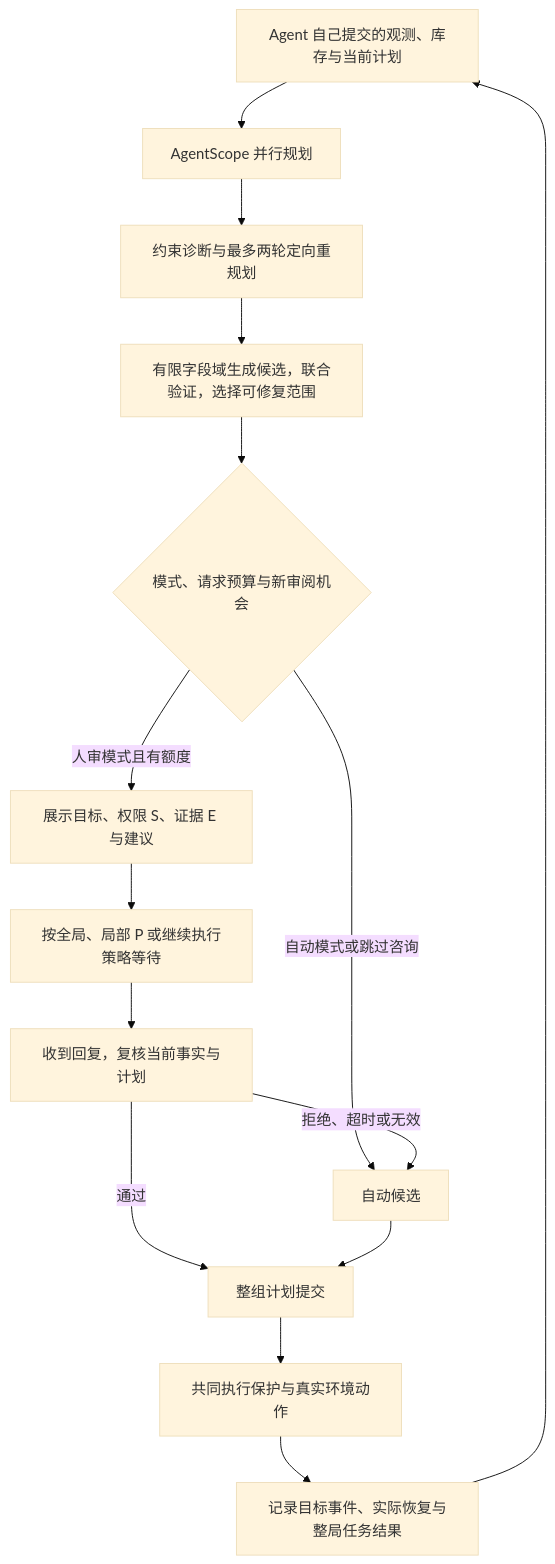
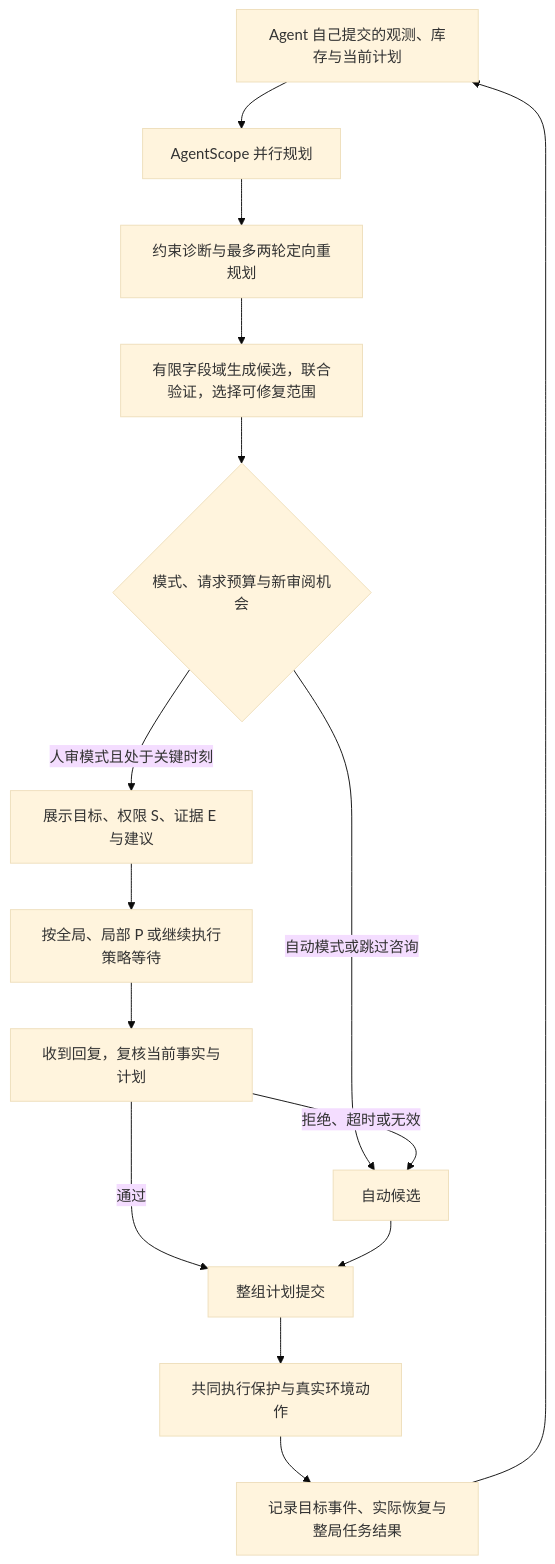
The diagram in docs/implementation_2026-11-16.md (litianhao738/damcs-reproduction), drawn with Mermaid (base theme) before and after one commit. The commit also changed other lines of this file and 14 other files, not shown here.

````diff
--- a/docs/implementation_2026-11-16.md
+++ b/docs/implementation_2026-11-16.md
@@ -7,17 +7,17 @@
 ```mermaid
 flowchart TD
     O[Agent 自己提交的观测、库存与当前计划] --> L[AgentScope 并行规划]
     L --> D[约束诊断与最多两轮定向重规划]
     D --> S[有限字段域生成候选，联合验证，选择可修复范围]
     S --> G{模式、请求预算与新审阅机会}
     G -->|自动模式或跳过咨询| A[自动候选]
-    G -->|人审模式且有额度| H[展示目标、权限 S、证据 E 与建议]
+    G -->|人审模式且处于关键时刻| H[展示目标、权限 S、证据 E 与建议]
     H --> P[按全局、局部 P 或继续执行策略等待]
     P --> R[收到回复，复核当前事实与计划]
     R -->|通过| C[整组计划提交]
     R -->|拒绝、超时或无效| A
     A --> C
     C --> X[共同执行保护与真实环境动作]
     X --> F[记录目标事件、实际恢复与整局任务结果]
     F --> O
 ```
````
